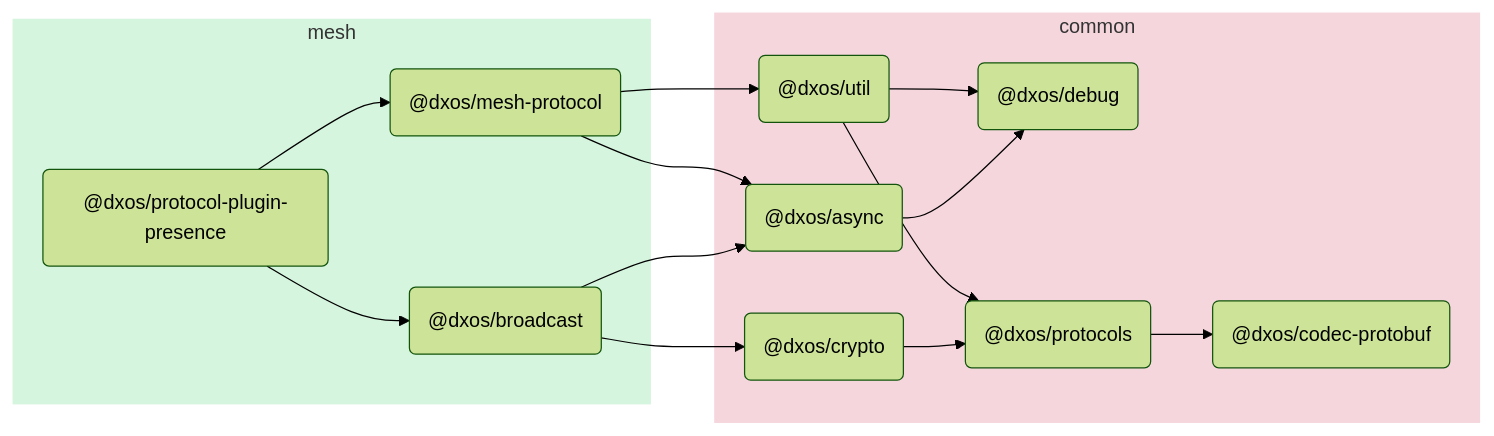
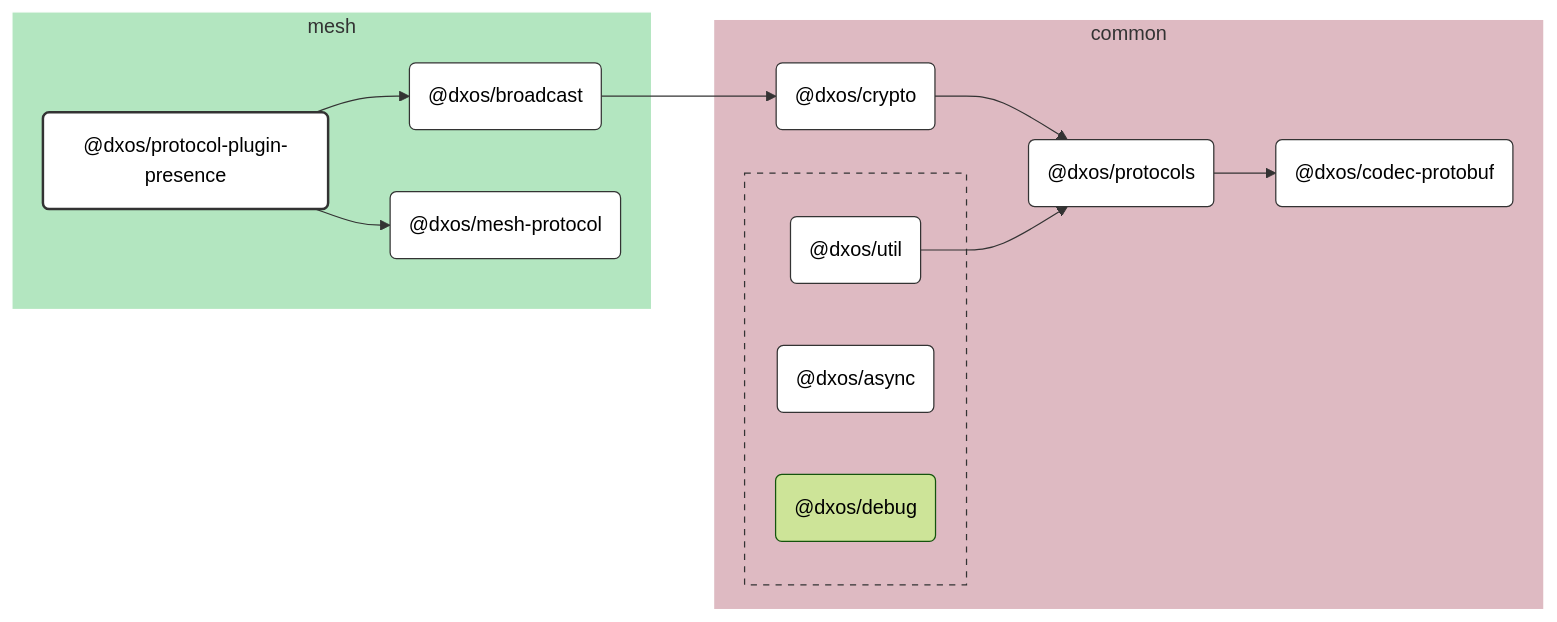
Before and after one commit to dxos/dxos: the diagram in packages/mesh/protocol-plugin-presence/docs/README.md, drawn with Mermaid (forest theme). The commit also changed other lines of this file and 109 other files, not shown here.

````diff
--- a/packages/mesh/protocol-plugin-presence/docs/README.md
+++ b/packages/mesh/protocol-plugin-presence/docs/README.md
@@ -5,32 +7,63 @@
 ```mermaid
-flowchart LR;
+%%{ init: {'flowchart':{'curve':'basis'}} }%%
 
+flowchart LR
+
+%% Links
+dxos/broadcast --> dxos/crypto;
+dxos/crypto --> dxos/protocols;
+dxos/protocol-plugin-presence --> dxos/broadcast;
+dxos/protocol-plugin-presence --> dxos/mesh-protocol;
+dxos/protocols --> dxos/codec-protobuf;
+dxos/util --> dxos/protocols;
+
+%% Sections
 subgraph mesh
-  style mesh fill:#d6f5de,stroke:#fff;
-  dxos/protocol-plugin-presence("@dxos/protocol-plugin-presence");
-  dxos/broadcast("@dxos/broadcast");
-  dxos/mesh-protocol("@dxos/mesh-protocol");
+  style mesh fill:#b3e6c0,stroke:#fff;
+
+  dxos/broadcast("@dxos/broadcast")
+  dxos/mesh-protocol("@dxos/mesh-protocol")
+  dxos/protocol-plugin-presence("@dxos/protocol-plugin-presence")
 end
 
 subgraph common
-  style common fill:#f5d6dd,stroke:#fff;
-  dxos/async("@dxos/async");
-  dxos/debug("@dxos/debug");
-  dxos/codec-protobuf("@dxos/codec-protobuf");
-  dxos/crypto("@dxos/crypto");
-  dxos/protocols("@dxos/protocols");
-  dxos/util("@dxos/util");
+  style common fill:#debac2,stroke:#fff;
+
+  dxos/codec-protobuf("@dxos/codec-protobuf")
+  dxos/crypto("@dxos/crypto")
+  dxos/protocols("@dxos/protocols")
+
+  subgraph common-excluded [ ]
+    style common-excluded fill:#debac2,stroke:#333,stroke-dasharray:5 5;
+
+    dxos/async("@dxos/async")
+    dxos/debug("@dxos/debug")
+    dxos/util("@dxos/util")
+  end
 end
 
-dxos/protocol-plugin-presence --> dxos/broadcast;
-dxos/broadcast --> dxos/async;
-dxos/async --> dxos/debug;
-dxos/broadcast --> dxos/crypto;
-dxos/crypto --> dxos/protocols;
-dxos/protocols --> dxos/codec-protobuf;
-dxos/protocol-plugin-presence --> dxos/mesh-protocol;
-dxos/mesh-protocol --> dxos/async;
-dxos/mesh-protocol --> dxos/util;
-dxos/util --> dxos/debug;
-dxos/util --> dxos/protocols;
+
+%% Hyperlinks
+click dxos/async href "https:/github.com/dxos/dxos/tree/main/packages/common/async/docs";
+click dxos/broadcast href "https:/github.com/dxos/dxos/tree/main/packages/mesh/broadcast/docs";
+click dxos/codec-protobuf href "https:/github.com/dxos/dxos/tree/main/packages/common/codec-protobuf/docs";
+click dxos/crypto href "https:/github.com/dxos/dxos/tree/main/packages/common/crypto/docs";
+click dxos/mesh-protocol href "https:/github.com/dxos/dxos/tree/main/packages/mesh/mesh-protocol/docs";
+click dxos/protocols href "https:/github.com/dxos/dxos/tree/main/packages/common/protocols/docs";
+click dxos/util href "https:/github.com/dxos/dxos/tree/main/packages/common/util/docs";
+
+%% Styles
+classDef rootNode fill:#fff,stroke:#333,stroke-width:2px
+classDef defaultNode fill:#fff,stroke:#333,stroke-width:1px
+linkStyle default stroke:#333,stroke-width:1px
+
+dxos/protocol-plugin-presence:::rootNode
+
+dxos/async:::defaultNode
+dxos/broadcast:::defaultNode
+dxos/codec-protobuf:::defaultNode
+dxos/crypto:::defaultNode
+dxos/mesh-protocol:::defaultNode
+dxos/protocols:::defaultNode
+dxos/util:::defaultNode
 ```
````
